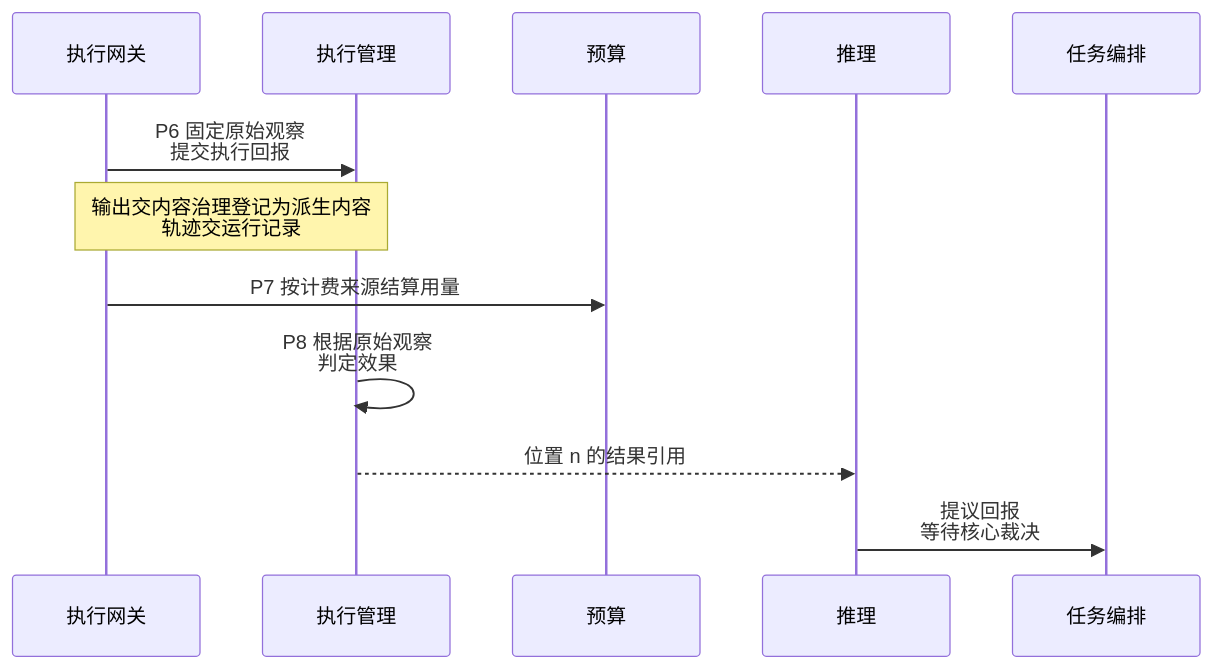
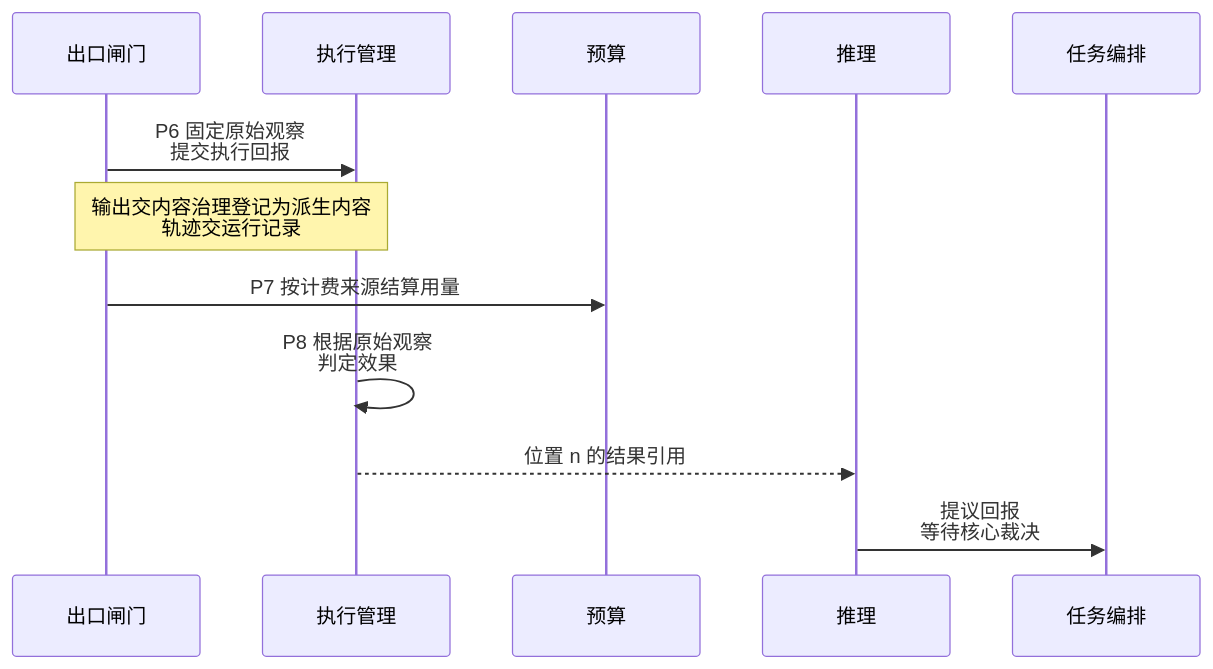
The third of 3 diagrams in docs/architecture/flows/model-call.md (ruipengliu/lerna), drawn with Mermaid before and after one commit. The commit also changed other lines of this file and 49 other files, not shown here.

````diff
--- a/docs/architecture/flows/model-call.md
+++ b/docs/architecture/flows/model-call.md
@@ -66,14 +67,14 @@
 ```mermaid
 sequenceDiagram
-    participant G as 执行网关
+    participant G as 出口闸门
     participant L as 执行管理
     participant B as 预算
     participant R as 推理
     participant T as 任务编排
     G->>L: P6 固定原始观察<br/>提交执行回报
     Note over G,L: 输出交内容治理登记为派生内容<br/>轨迹交运行记录
     G->>B: P7 按计费来源结算用量
     L->>L: P8 根据原始观察<br/>判定效果
     L-->>R: 位置 n 的结果引用
     R->>T: 提议回报<br/>等待核心裁决
 ```
````
